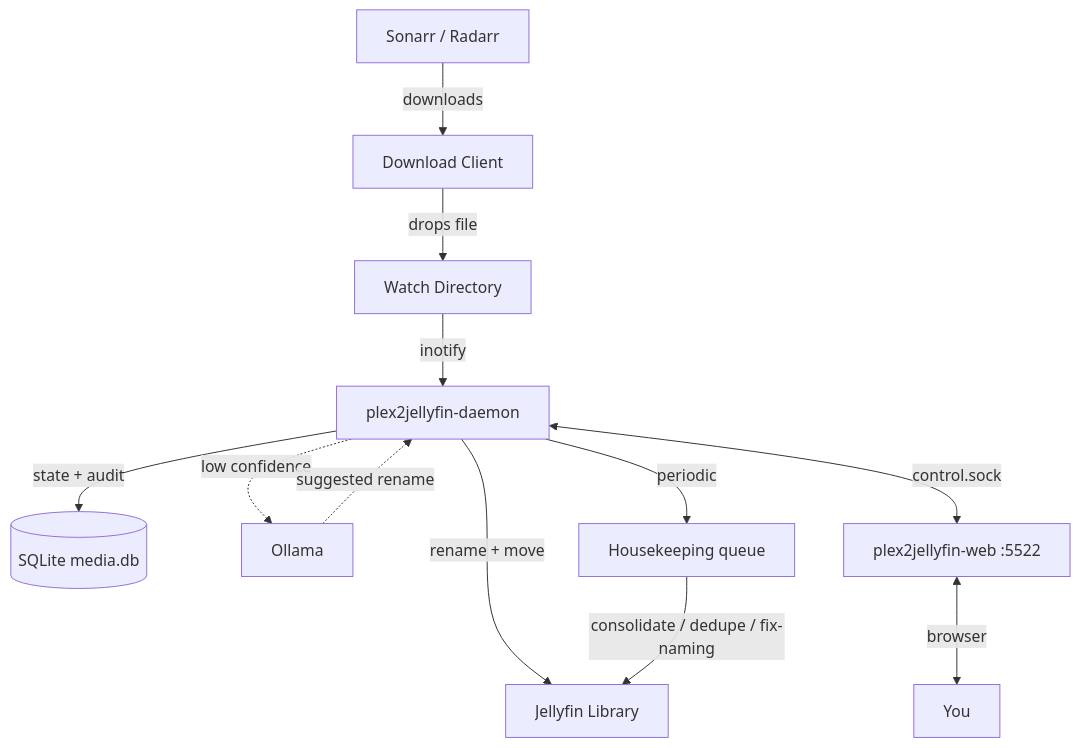
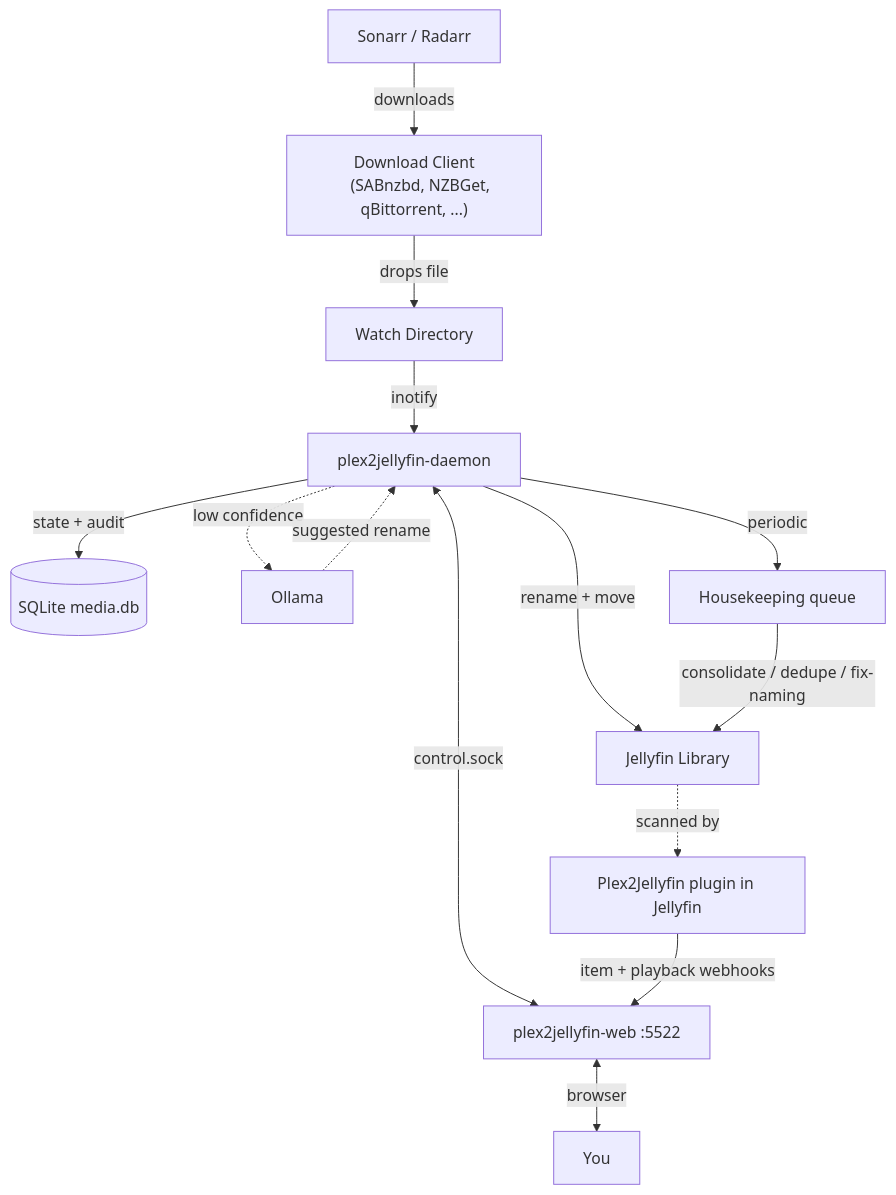
The diagram in README.md (Nomadcxx/plex2jellyfin), drawn with Mermaid before and after one commit. The commit also changed other lines of this file, not shown here.

Commit message:
docs(readme): plugin is required for the feedback loop; concrete download clients in diagram

````diff
--- a/README.md
+++ b/README.md
@@ -153,14 +171,17 @@
 ```mermaid
 flowchart TB
-    A[Sonarr / Radarr] -->|downloads| B[Download Client]
+    A[Sonarr / Radarr] -->|downloads| B["Download Client
+    (SABnzbd, NZBGet, qBittorrent, ...)"]
     B -->|drops file| C[Watch Directory]
     C -->|inotify| D[plex2jellyfin-daemon]
     D -->|rename + move| E[Jellyfin Library]
     D -->|state + audit| DB[(SQLite media.db)]
     D -.->|low confidence| O[Ollama]
     O -.->|suggested rename| D
     D <-->|control.sock| W[plex2jellyfin-web :5522]
     W <-->|browser| U[You]
     D -->|periodic| H[Housekeeping queue]
     H -->|consolidate / dedupe / fix-naming| E
+    J[Plex2Jellyfin plugin in Jellyfin] -->|item + playback webhooks| W
+    E -.->|scanned by| J
 ```
````
